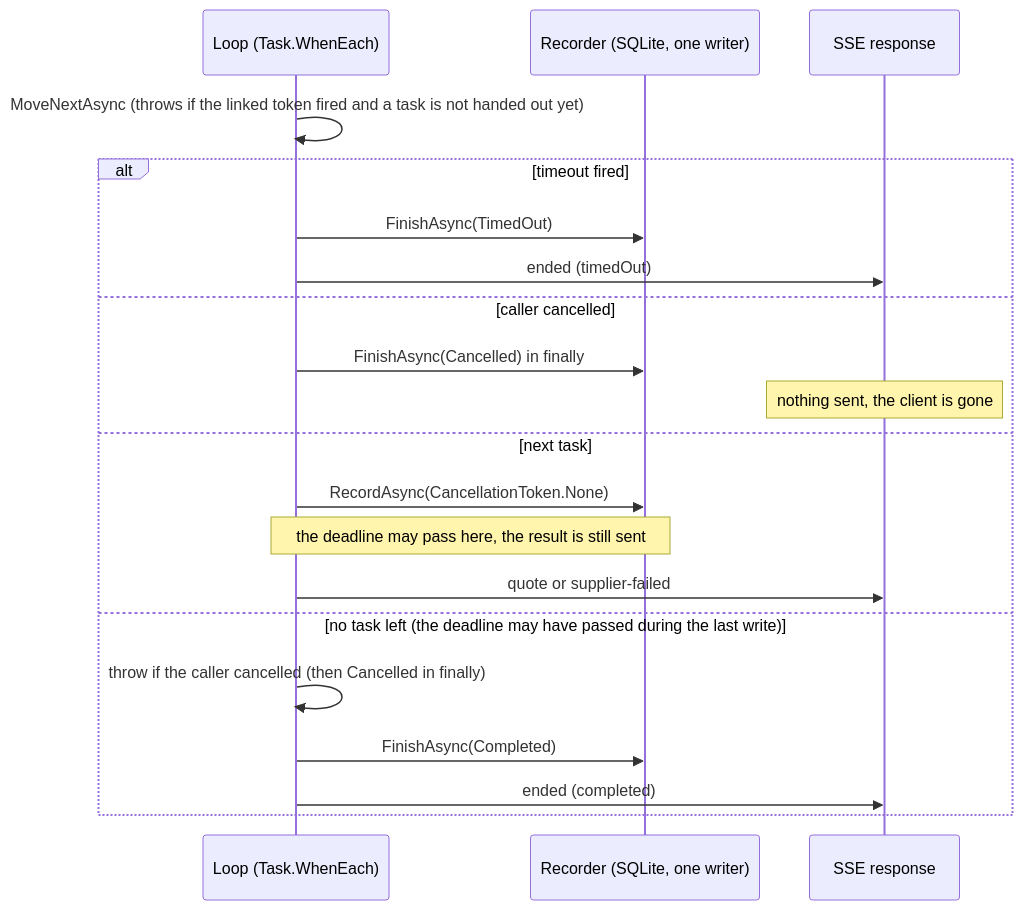
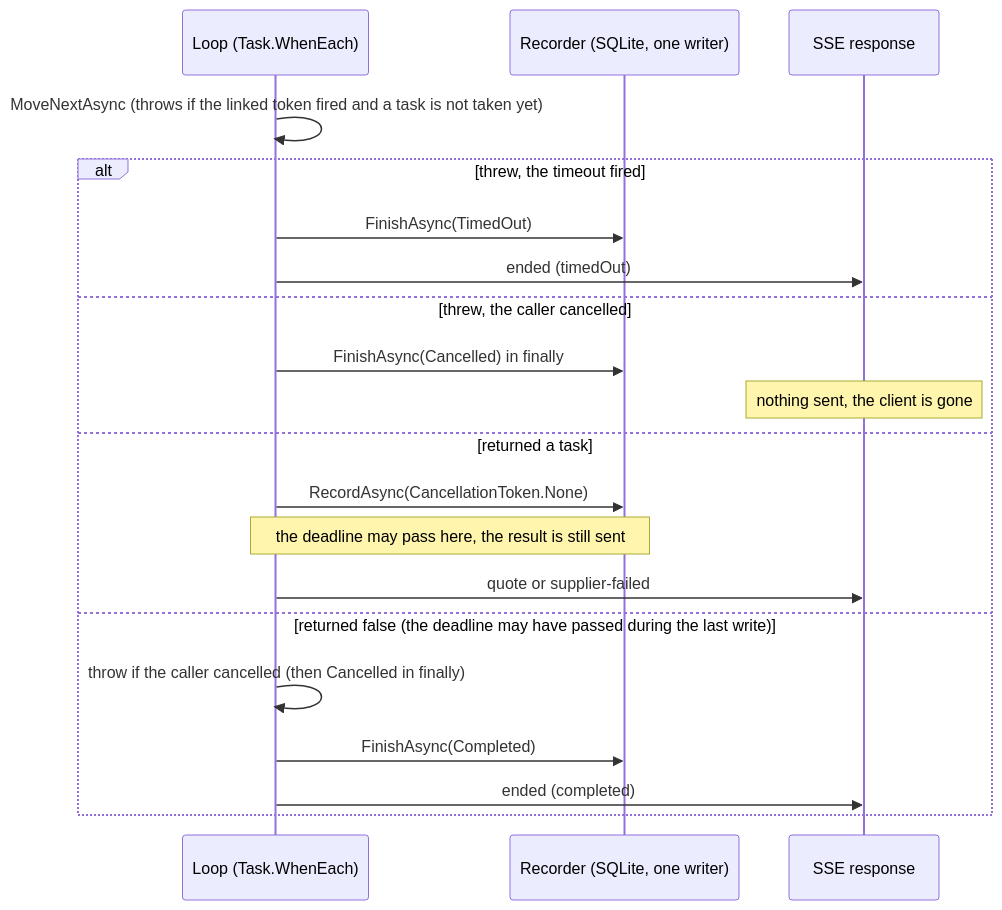
Before and after one commit to l-Vladislav/pricehunt: the second of 2 diagrams in docs/plan.md, drawn with Mermaid. The commit also changed other lines of this file and 9 other files, not shown here.

````diff
--- a/docs/plan.md
+++ b/docs/plan.md
@@ -67,22 +69,22 @@
 ```mermaid
 sequenceDiagram
     participant L as Loop (Task.WhenEach)
     participant R as Recorder (SQLite, one writer)
     participant C as SSE response
-    L->>L: MoveNextAsync (throws if the linked token fired and a task is not handed out yet)
-    alt timeout fired
+    L->>L: MoveNextAsync (throws if the linked token fired and a task is not taken yet)
+    alt threw, the timeout fired
         L->>R: FinishAsync(TimedOut)
         L->>C: ended (timedOut)
-    else caller cancelled
+    else threw, the caller cancelled
         L->>R: FinishAsync(Cancelled) in finally
         Note over C: nothing sent, the client is gone
-    else next task
+    else returned a task
         L->>R: RecordAsync(CancellationToken.None)
         Note over L,R: the deadline may pass here, the result is still sent
         L->>C: quote or supplier-failed
-    else no task left (the deadline may have passed during the last write)
+    else returned false (the deadline may have passed during the last write)
         L->>L: throw if the caller cancelled (then Cancelled in finally)
         L->>R: FinishAsync(Completed)
         L->>C: ended (completed)
     end
 ```
````
